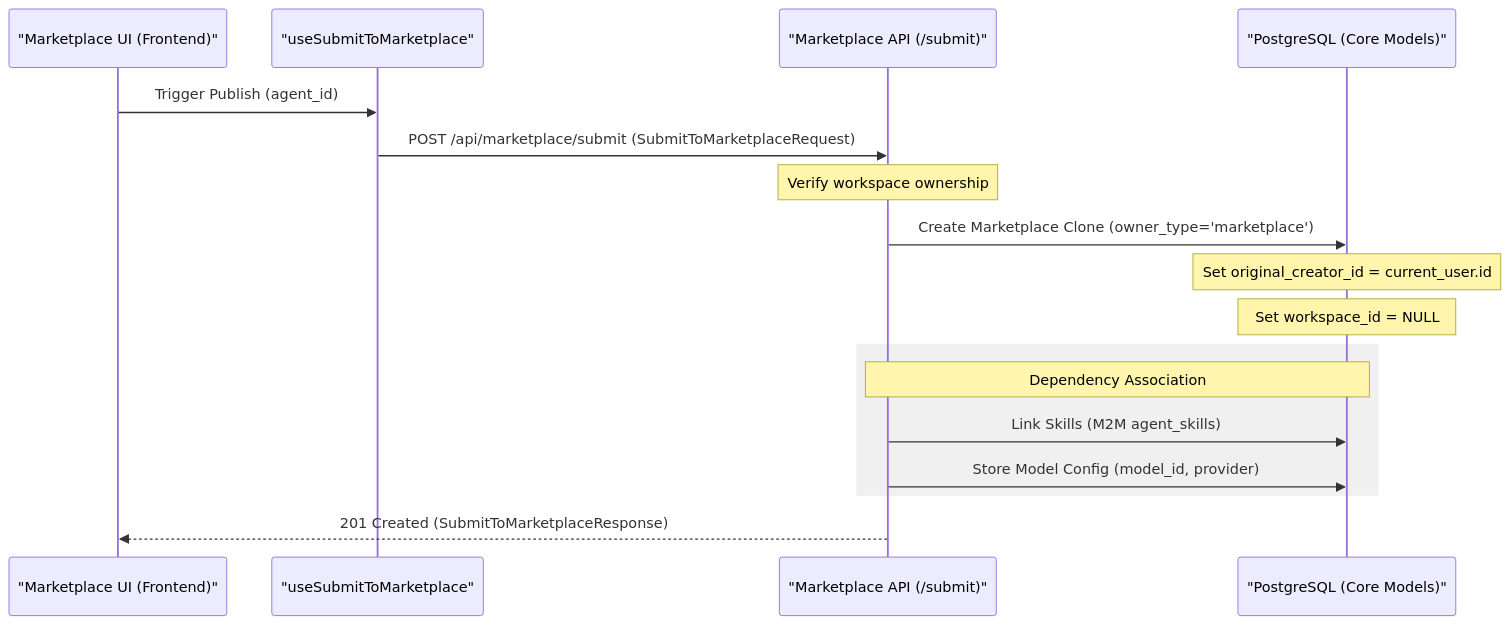
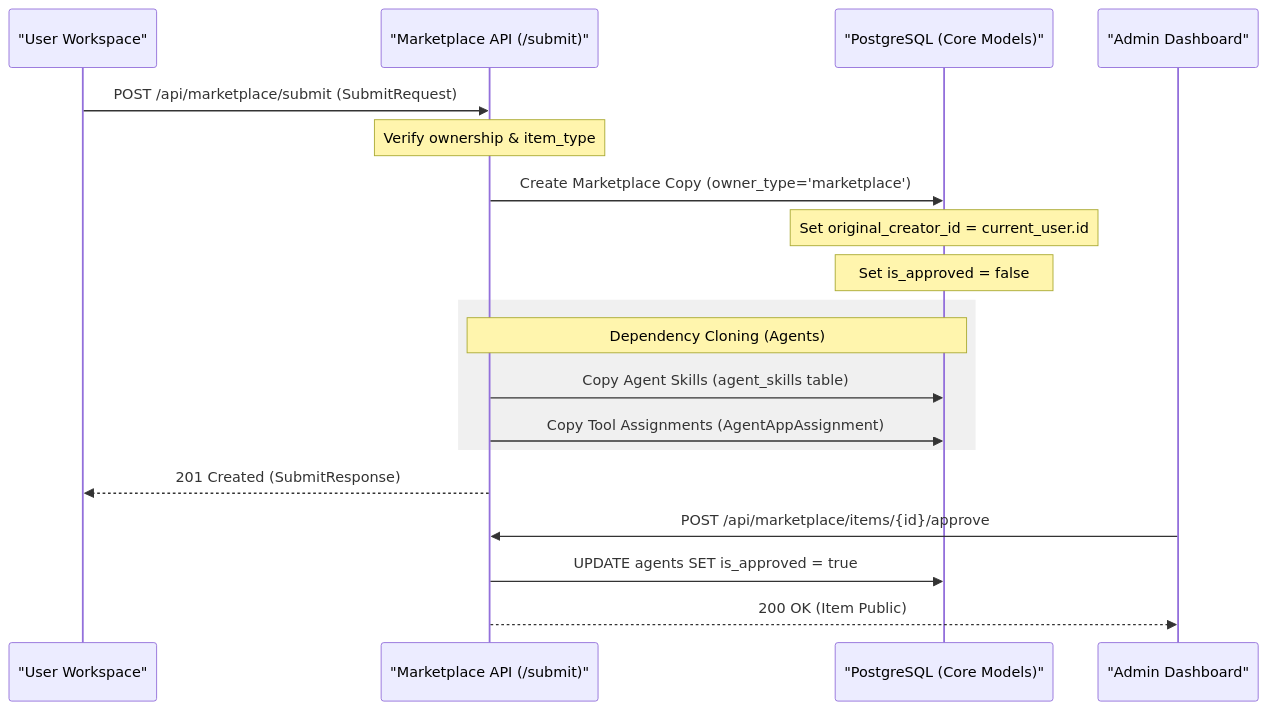
One commit to AutomatosAI/automatos-ai changed the first of 2 diagrams in docs/community-marketplace/publishing-to-marketplace.md. Above: the diagram before and after it, drawn with Mermaid. The commit also changed other lines of this file and 191 other files, not shown here.

````diff
--- a/docs/community-marketplace/publishing-to-marketplace.md
+++ b/docs/community-marketplace/publishing-to-marketplace.md
@@ -50,23 +67,26 @@
 ```mermaid
 sequenceDiagram
-    participant UI as "Marketplace UI (Frontend)"
-    participant Hook as "useSubmitToMarketplace"
+    participant User as "User Workspace"
     participant API as "Marketplace API (/submit)"
     participant DB as "PostgreSQL (Core Models)"
+    participant Admin as "Admin Dashboard"
 
-    UI->>Hook: Trigger Publish (agent_id)
-    Hook->>API: POST /api/marketplace/submit (SubmitToMarketplaceRequest)
-    Note over API: Verify workspace ownership
+    User->>API: POST /api/marketplace/submit (SubmitRequest)
+    Note over API: Verify ownership & item_type
     
-    API->>DB: Create Marketplace Clone (owner_type='marketplace')
+    API->>DB: Create Marketplace Copy (owner_type='marketplace')
     Note over DB: Set original_creator_id = current_user.id
-    Note over DB: Set workspace_id = NULL
+    Note over DB: Set is_approved = false
     
     rect rgb(240, 240, 240)
-    Note over API, DB: Dependency Association
-    API->>DB: Link Skills (M2M agent_skills)
-    API->>DB: Store Model Config (model_id, provider)
+    Note over API, DB: Dependency Cloning (Agents)
+    API->>DB: Copy Agent Skills (agent_skills table)
+    API->>DB: Copy Tool Assignments (AgentAppAssignment)
     end
 
-    API-->>UI: 201 Created (SubmitToMarketplaceResponse)
+    API-->>User: 201 Created (SubmitResponse)
+    
+    Admin->>API: POST /api/marketplace/items/{id}/approve
+    API->>DB: UPDATE agents SET is_approved = true
+    API-->>Admin: 200 OK (Item Public)
 ```
````
